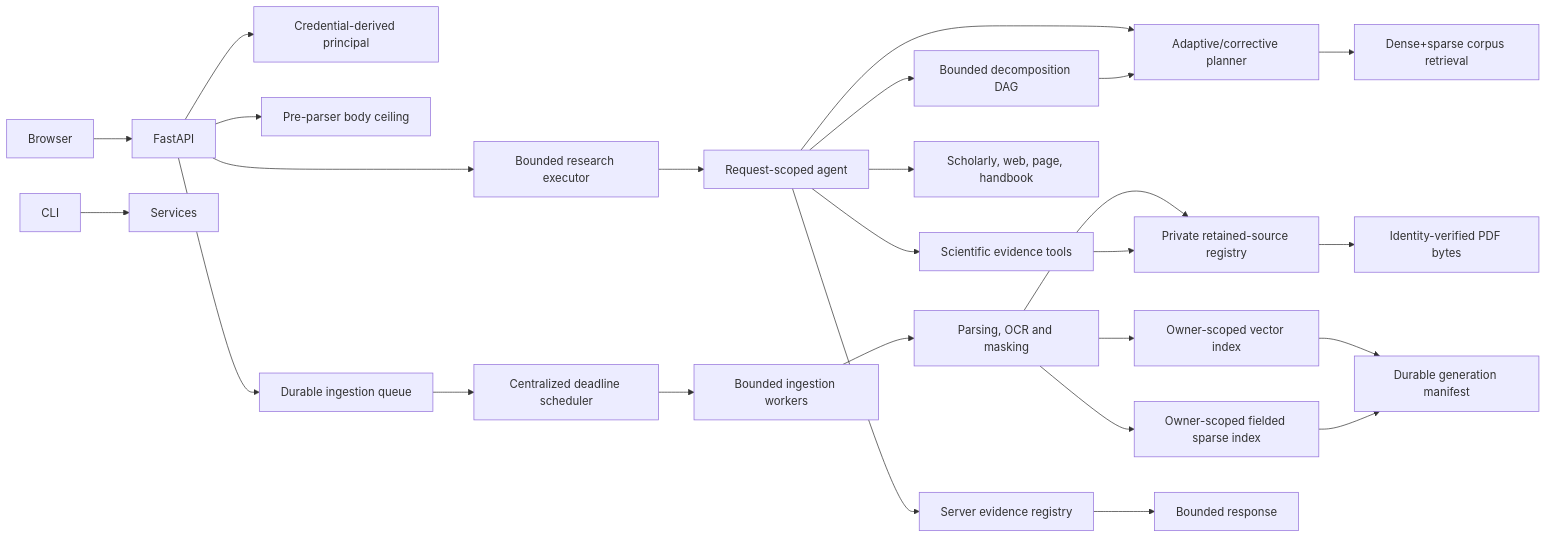
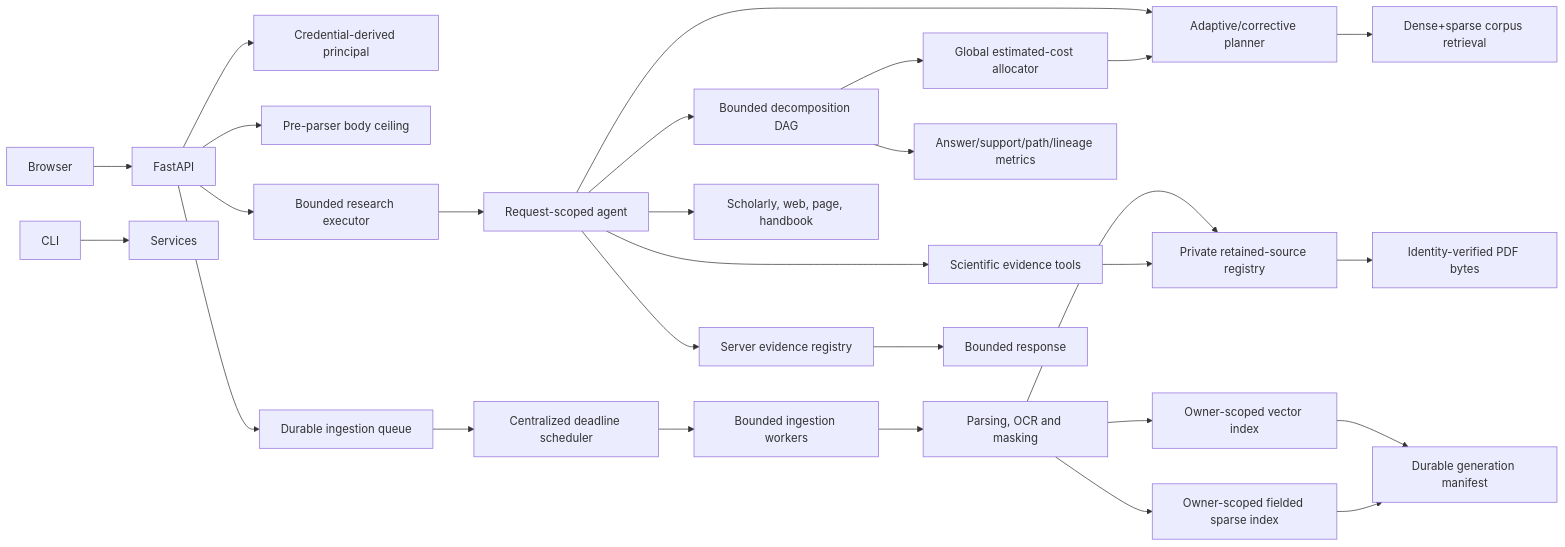
The diagram in README.md (Anurag9000/RigorousRAG), drawn with Mermaid before and after one commit. The commit also changed other lines of this file, not shown here.

Commit message:
Refresh README for budgeted evaluated multi-hop RAG

````diff
--- a/README.md
+++ b/README.md
@@ -29,28 +29,30 @@
 ```mermaid
 graph LR
     Browser --> FastAPI
     CLI --> Services
     FastAPI --> Principal[Credential-derived principal]
     FastAPI --> BodyLimit[Pre-parser body ceiling]
     FastAPI --> ResearchPool[Bounded research executor]
     FastAPI --> Queue[Durable ingestion queue]
     Queue --> Scheduler[Centralized deadline scheduler]
     Scheduler --> Workers[Bounded ingestion workers]
     Workers --> Parser[Parsing, OCR and masking]
     Parser --> Vector[Owner-scoped vector index]
     Parser --> Sparse[Owner-scoped fielded sparse index]
     Parser --> Registry[Private retained-source registry]
     Vector --> Generation[Durable generation manifest]
     Sparse --> Generation
     ResearchPool --> Agent[Request-scoped agent]
     Agent --> Adaptive[Adaptive/corrective planner]
     Adaptive --> Hybrid[Dense+sparse corpus retrieval]
     Agent --> MultiHop[Bounded decomposition DAG]
-    MultiHop --> Adaptive
+    MultiHop --> Budget[Global estimated-cost allocator]
+    Budget --> Adaptive
+    MultiHop --> Metrics[Answer/support/path/lineage metrics]
     Agent --> PublicTools[Scholarly, web, page, handbook]
     Agent --> Science[Scientific evidence tools]
     Science --> Registry
     Registry --> Visual[Identity-verified PDF bytes]
     Agent --> Evidence[Server evidence registry]
     Evidence --> Answer[Bounded response]
 ```
````
